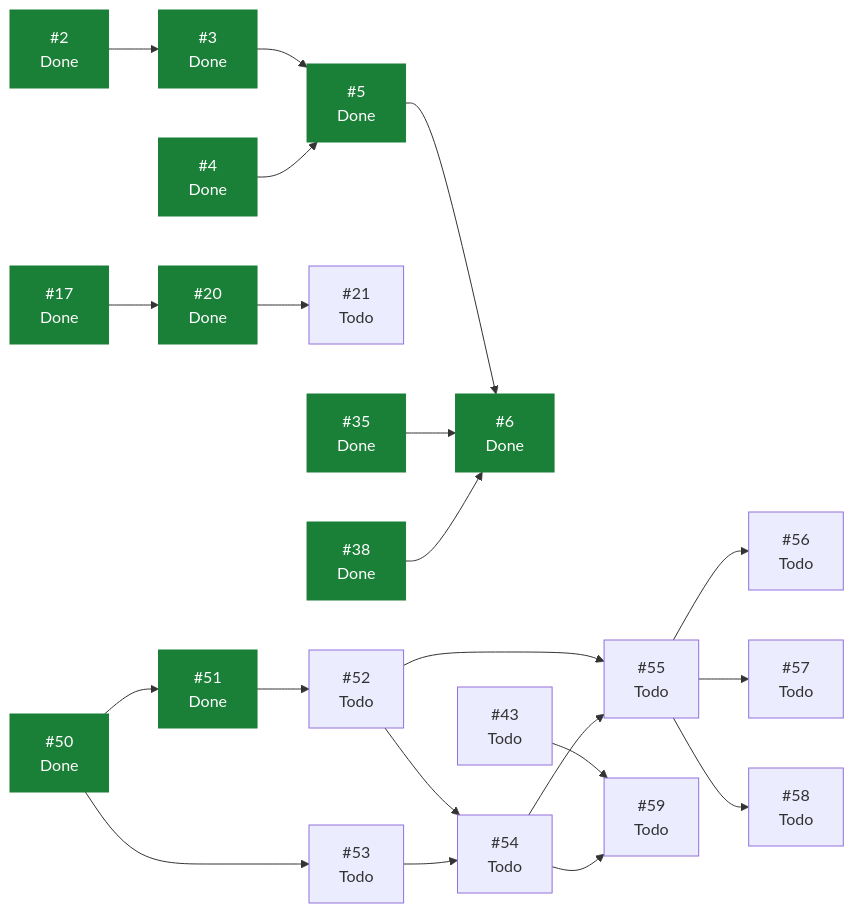
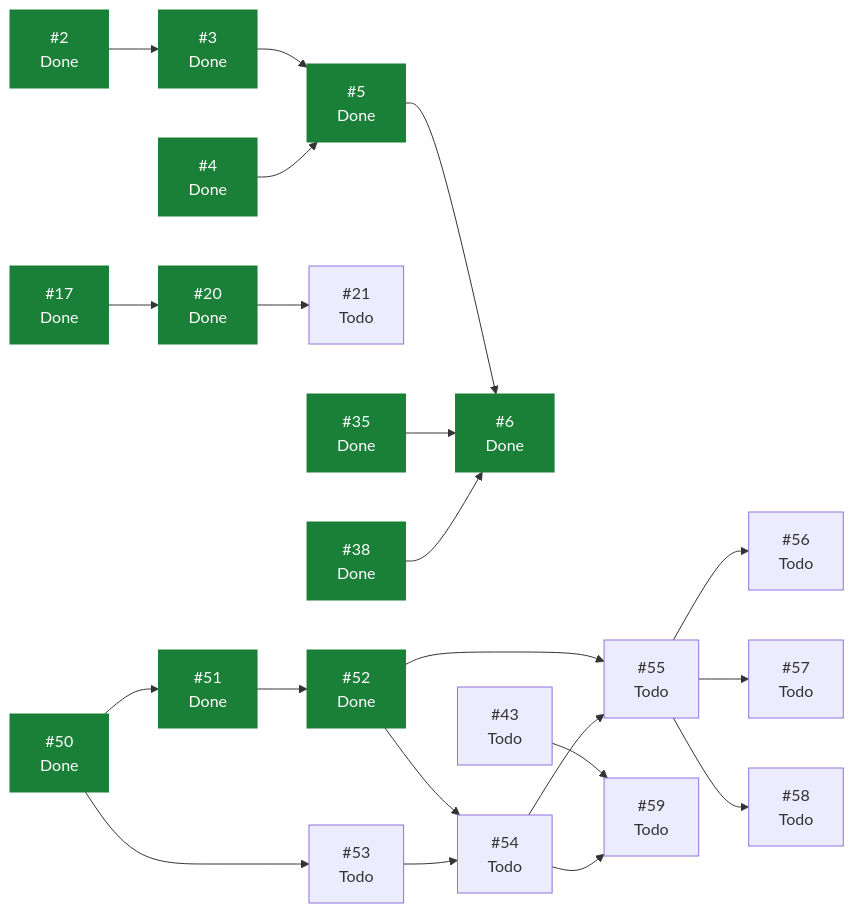
Before and after one commit to ecamp0s/evault: the diagram in docs/planning/STATUS.md, drawn with Mermaid. The commit also changed other lines of this file, not shown here.

````diff
--- a/docs/planning/STATUS.md
+++ b/docs/planning/STATUS.md
@@ -88,46 +87,46 @@
 ```mermaid
 graph LR
   I2["#2<br/>Done"]
   I3["#3<br/>Done"]
   I4["#4<br/>Done"]
   I5["#5<br/>Done"]
   I6["#6<br/>Done"]
   I17["#17<br/>Done"]
   I20["#20<br/>Done"]
   I21["#21<br/>Todo"]
   I35["#35<br/>Done"]
   I38["#38<br/>Done"]
   I43["#43<br/>Todo"]
   I50["#50<br/>Done"]
   I51["#51<br/>Done"]
-  I52["#52<br/>Todo"]
+  I52["#52<br/>Done"]
   I53["#53<br/>Todo"]
   I54["#54<br/>Todo"]
   I55["#55<br/>Todo"]
   I56["#56<br/>Todo"]
   I57["#57<br/>Todo"]
   I58["#58<br/>Todo"]
   I59["#59<br/>Todo"]
   I2 --> I3
   I3 --> I5
   I4 --> I5
   I5 --> I6
   I17 --> I20
   I20 --> I21
   I35 --> I6
   I38 --> I6
   I43 --> I59
   I50 --> I51
   I50 --> I53
   I51 --> I52
   I52 --> I54
   I52 --> I55
   I53 --> I54
   I54 --> I55
   I54 --> I59
   I55 --> I56
   I55 --> I57
   I55 --> I58
   classDef hecho fill:#1a7f37,stroke:#1a7f37,color:#fff;
-  class I2,I3,I4,I5,I6,I17,I20,I35,I38,I50,I51 hecho;
+  class I2,I3,I4,I5,I6,I17,I20,I35,I38,I50,I51,I52 hecho;
 ```
````
